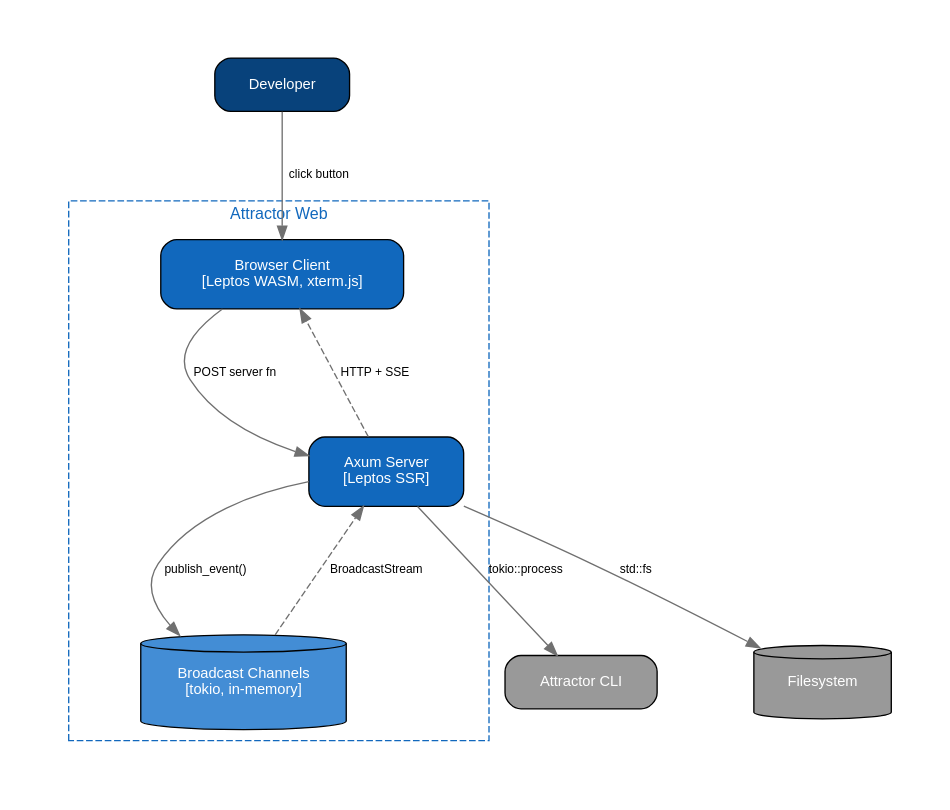
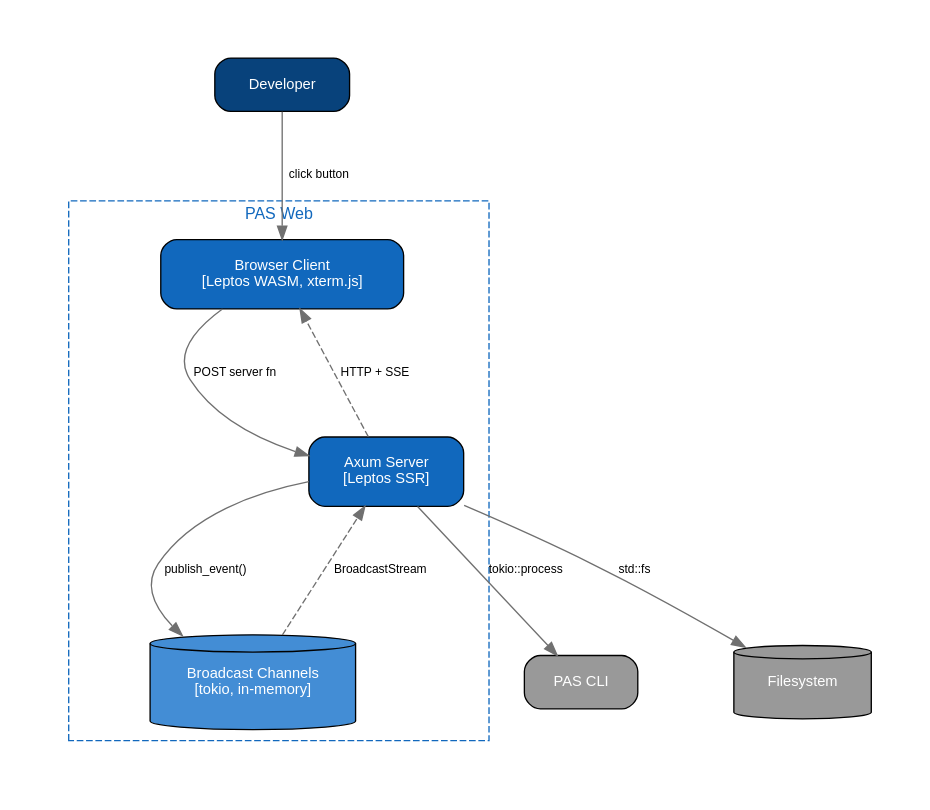
Before and after one commit to citadelgrad/connect-the-bots: the second of 4 diagrams in docs/accept-execute-c4-dot.md, drawn with Graphviz. The commit also changed other lines of this file and 38 other files, not shown here.

````diff
--- a/docs/accept-execute-c4-dot.md
+++ b/docs/accept-execute-c4-dot.md
@@ -27,33 +27,33 @@
 ```graphviz
 digraph C4_Container {
     graph [rankdir=TB, fontname="Helvetica", fontsize=12, nodesep=1.0, ranksep=1.2, pad=0.5, compound=true]
     node  [fontname="Helvetica", fontsize=11, shape=box, style="rounded,filled", margin="0.3,0.2"]
     edge  [fontname="Helvetica", fontsize=9, color="#707070"]
 
     user [label="Developer", fillcolor="#08427b", fontcolor=white]
 
     subgraph cluster_web {
-        label="Attractor Web"
+        label="PAS Web"
         style=dashed
         color="#1168bd"
         fontname="Helvetica"
         fontsize=12
         fontcolor="#1168bd"
 
         wasm      [label="Browser Client\n[Leptos WASM, xterm.js]",  fillcolor="#1168bd", fontcolor=white]
         axum      [label="Axum Server\n[Leptos SSR]",                fillcolor="#1168bd", fontcolor=white]
         broadcast [label="Broadcast Channels\n[tokio, in-memory]",   fillcolor="#438dd5", fontcolor=white, shape=cylinder]
     }
 
-    cli [label="Attractor CLI", fillcolor="#999999", fontcolor=white]
+    cli [label="PAS CLI", fillcolor="#999999", fontcolor=white]
     fs  [label="Filesystem",    fillcolor="#999999", fontcolor=white, shape=cylinder]
 
     user      -> wasm      [label="click button"]
     wasm      -> axum      [label="POST server fn"]
     axum      -> wasm      [label="HTTP + SSE", style=dashed]
     axum      -> cli       [label="tokio::process"]
     axum      -> fs        [label="std::fs"]
     axum      -> broadcast [label="publish_event()"]
     broadcast -> axum      [label="BroadcastStream", style=dashed]
 }
 ```
````
